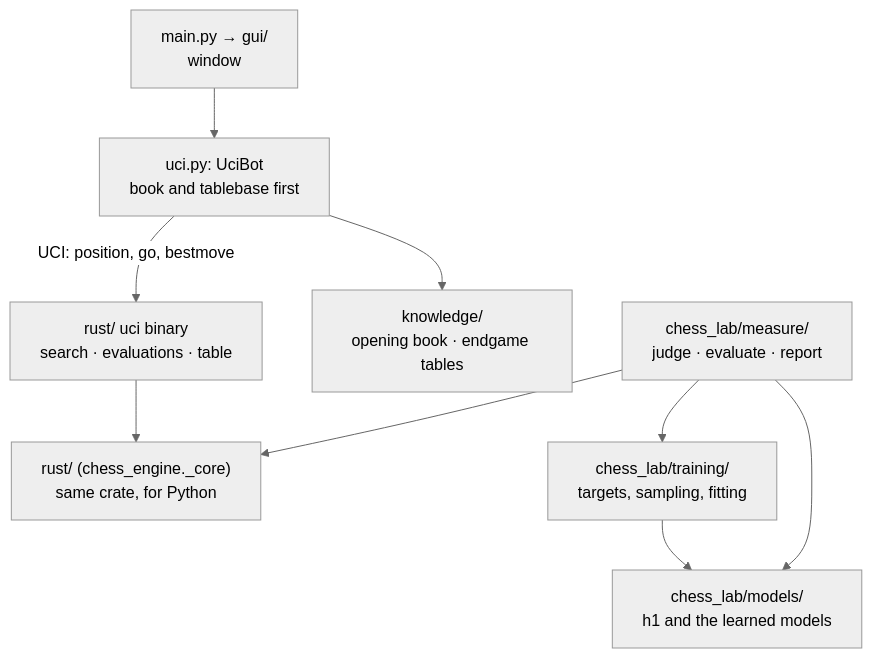
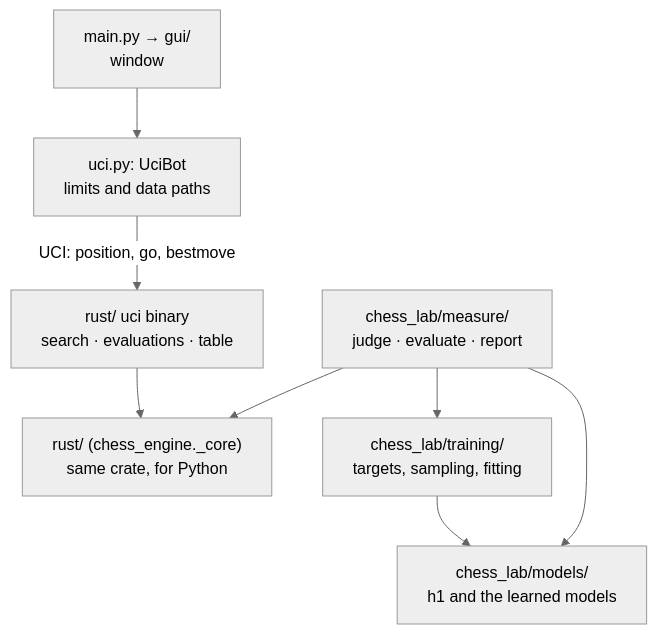
Before and after one commit to JoaquinDeVA/chess-ai-engine: the first of 3 diagrams in docs/ARCHITECTURE.md, drawn with Mermaid (neutral theme). The commit also changed other lines of this file and 6 other files, not shown here.

Commit message:
docs: the uci binary plays the opening book and the tablebases

````diff
--- a/docs/ARCHITECTURE.md
+++ b/docs/ARCHITECTURE.md
@@ -17,11 +17,10 @@
 ```mermaid
 flowchart TB
-    WIN["main.py → gui/<br/>window"] --> UCIB["uci.py: UciBot<br/>book and tablebase first"]
+    WIN["main.py → gui/<br/>window"] --> UCIB["uci.py: UciBot<br/>limits and data paths"]
     UCIB -->|"UCI: position, go, bestmove"| BIN["rust/ uci binary<br/>search · evaluations · table"]
-    UCIB --> BOOK["knowledge/<br/>opening book · endgame tables"]
     BIN --> CORE["rust/ (chess_engine._core)<br/>same crate, for Python"]
     TRAIN["chess_lab/training/<br/>targets, sampling, fitting"] --> EVAL["chess_lab/models/<br/>h1 and the learned models"]
     MEAS["chess_lab/measure/<br/>judge · evaluate · report"] --> TRAIN
     MEAS --> EVAL
     MEAS --> CORE
 ```
````
